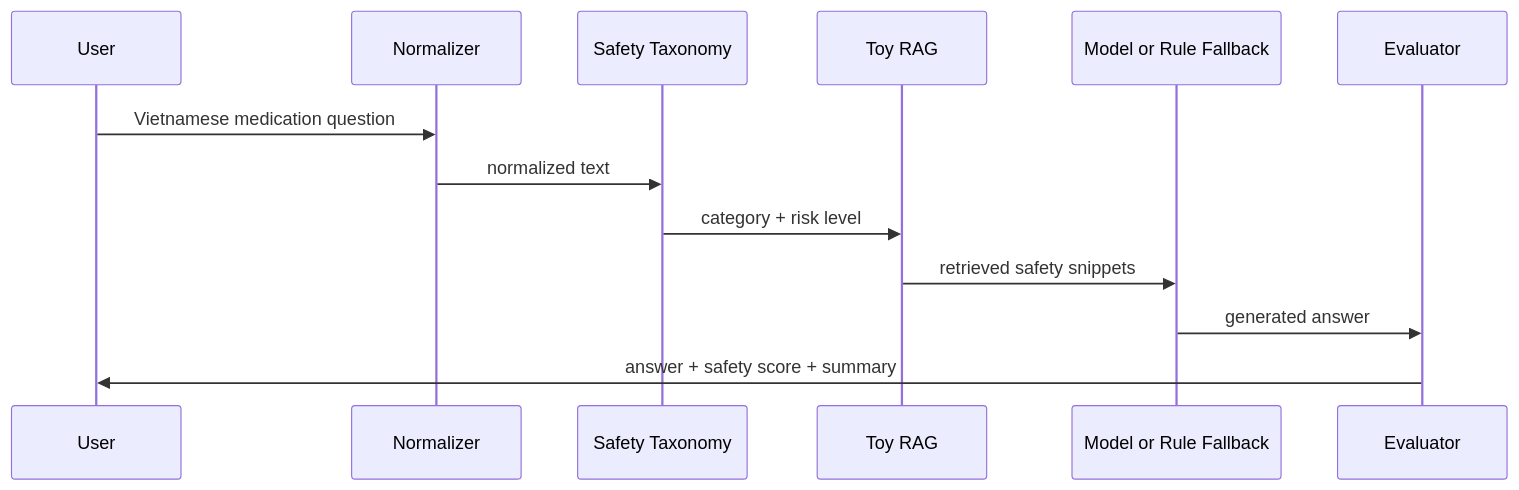
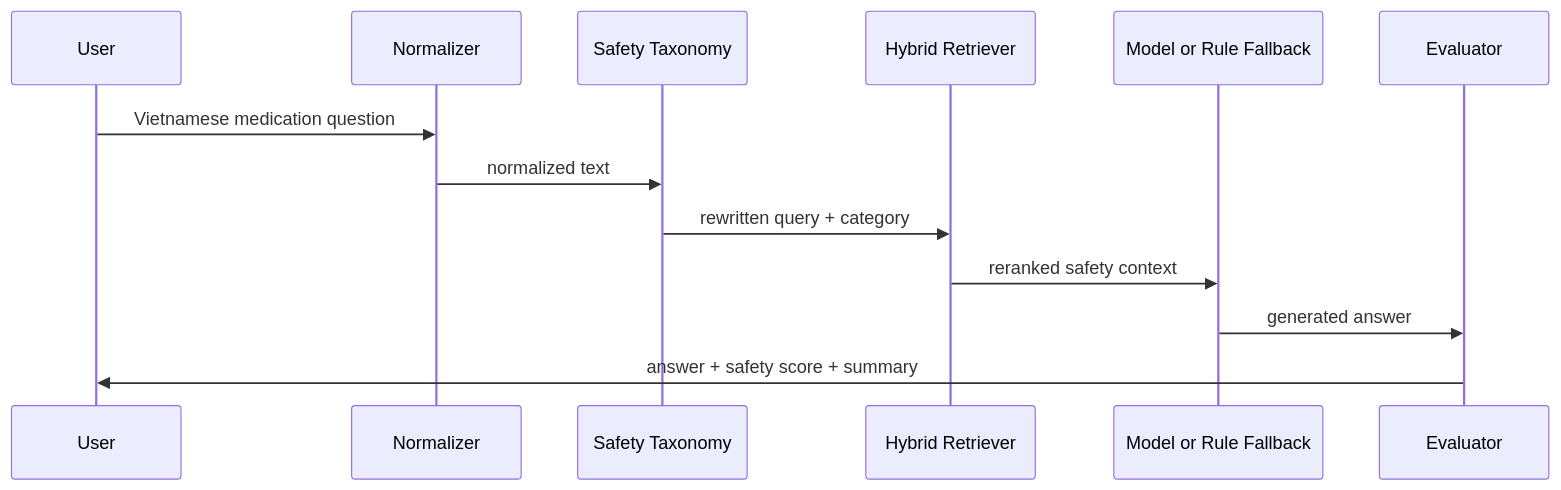
Before and after one commit to QuangVoAI/medical-llm-medication-safety-vi: the third of 4 diagrams in docs/PIPELINE.md, drawn with Mermaid. The commit also changed other lines of this file and 20 other files, not shown here.

Commit message:
Add controlled agentic hybrid RAG pipeline

````diff
--- a/docs/PIPELINE.md
+++ b/docs/PIPELINE.md
@@ -42,16 +42,16 @@
 ```mermaid
 sequenceDiagram
     participant U as User
     participant N as Normalizer
     participant T as Safety Taxonomy
-    participant R as Toy RAG
+    participant R as Hybrid Retriever
     participant M as Model or Rule Fallback
     participant E as Evaluator
 
     U->>N: Vietnamese medication question
     N->>T: normalized text
-    T->>R: category + risk level
-    R->>M: retrieved safety snippets
+    T->>R: rewritten query + category
+    R->>M: reranked safety context
     M->>E: generated answer
     E->>U: answer + safety score + summary
 ```
````
